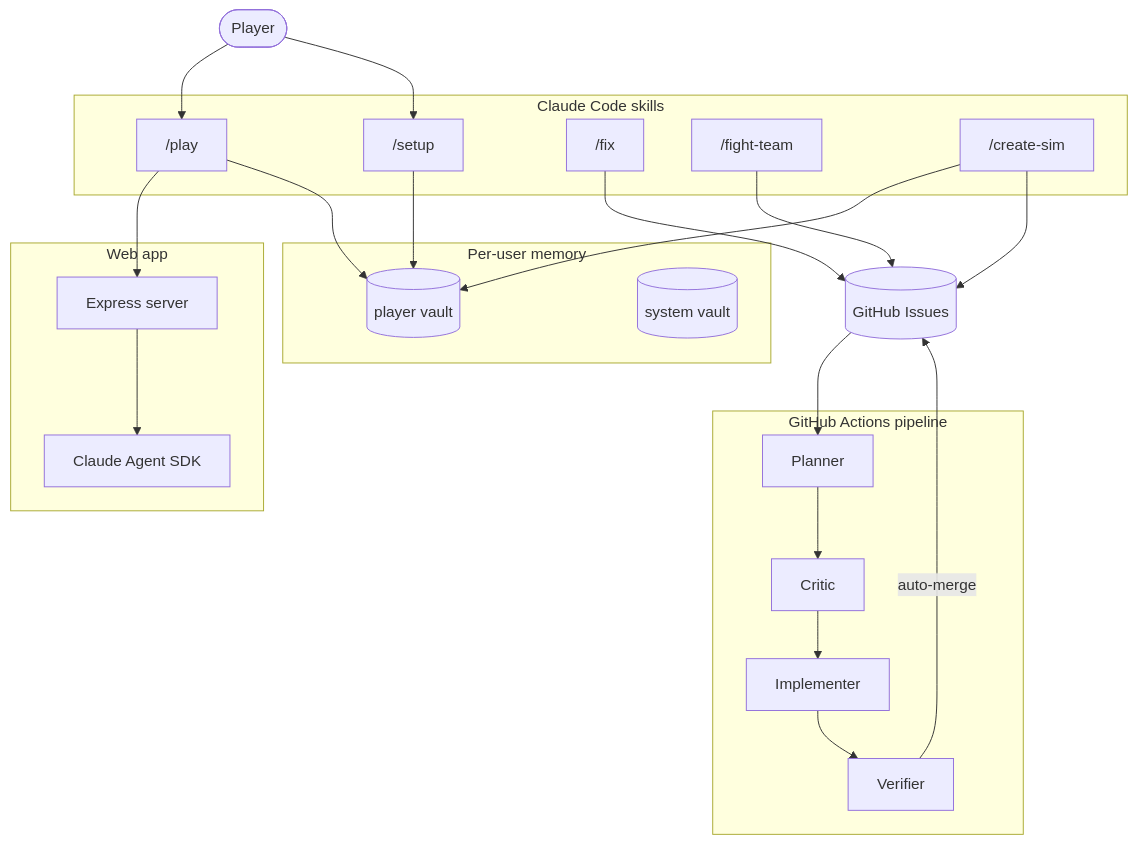
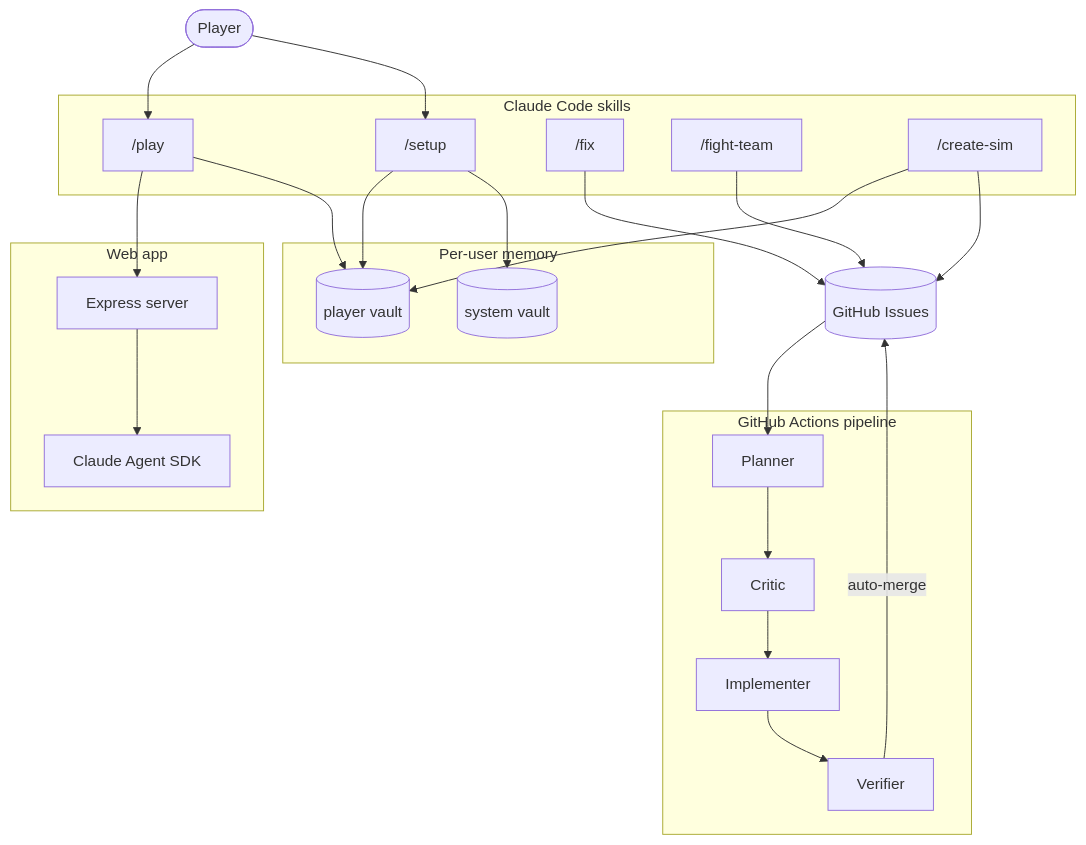
Before and after one commit to drashtishah/aws-simulator: the second of 2 diagrams in README.md, drawn with Mermaid.

Commit message:
fix: add Setup -> SystemVault arrow in README diagram
Setup creates both the player vault and the system vault. The diagram
was missing the system vault arrow.

Ref #173

````diff
--- a/README.md
+++ b/README.md
@@ -34,46 +34,47 @@
 ```mermaid
 flowchart TB
   Player([Player])
   Issues[(GitHub Issues)]
 
   subgraph Skills[Claude Code skills]
     Setup["/setup"]
     Play["/play"]
     Fix["/fix"]
     FightTeam["/fight-team"]
     CreateSim["/create-sim"]
   end
 
   subgraph Memory[Per-user memory]
     PlayerVault[(player vault)]
     SystemVault[(system vault)]
   end
 
   subgraph Web[Web app]
     Express[Express server]
     Claude[Claude Agent SDK]
   end
 
   subgraph Pipeline[GitHub Actions pipeline]
     Planner[Planner]
     Critic[Critic]
     Implementer[Implementer]
     Verifier[Verifier]
   end
 
   Player --> Play
   Player --> Setup
   Play --> Express
   Express --> Claude
   Play --> PlayerVault
   Setup --> PlayerVault
+  Setup --> SystemVault
   CreateSim --> PlayerVault
   Fix --> Issues
   FightTeam --> Issues
   CreateSim --> Issues
   Issues --> Planner
   Planner --> Critic
   Critic --> Implementer
   Implementer --> Verifier
   Verifier -->|auto-merge| Issues
 ```
````
